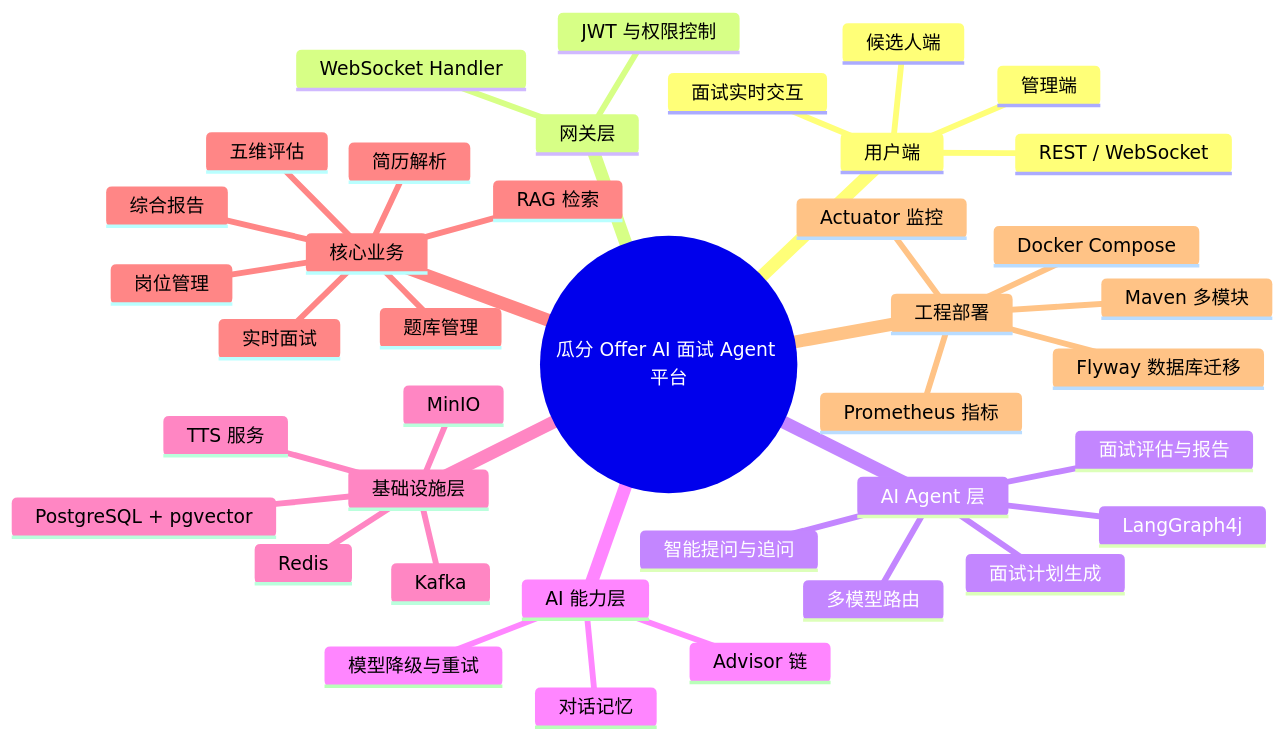
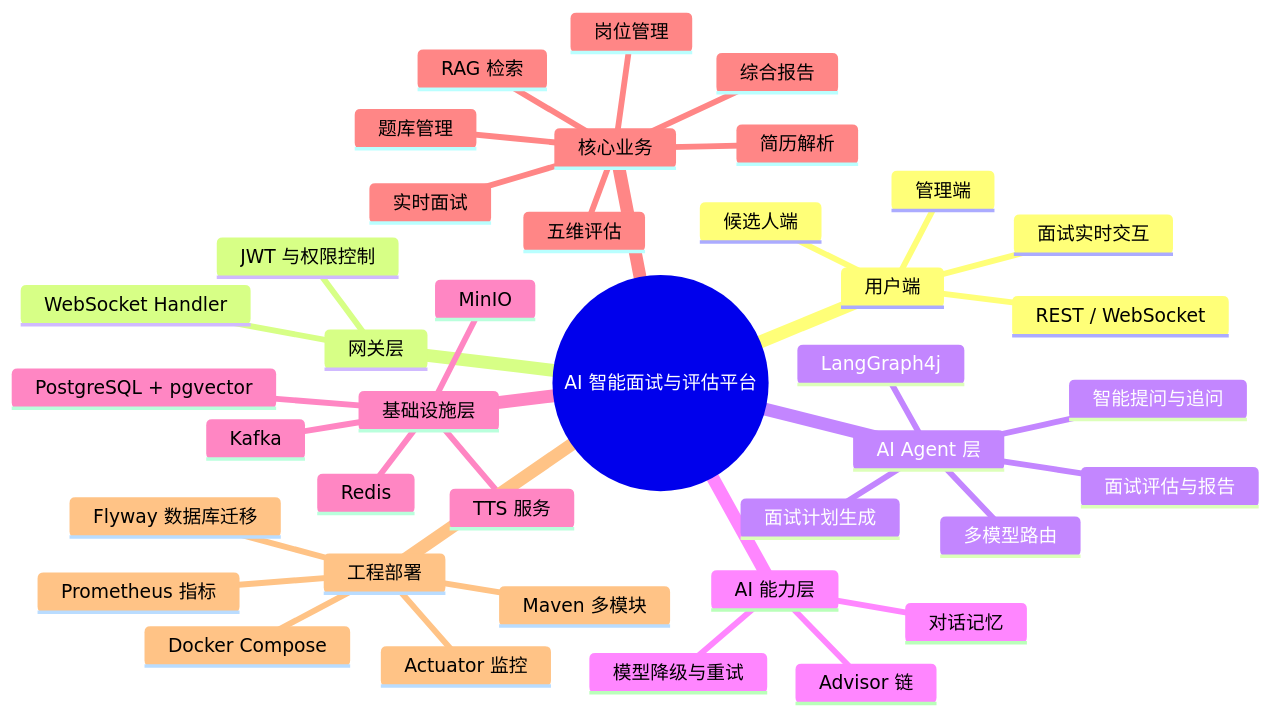
The diagram in README.md (caititty/ai-interview-platform), drawn with Mermaid before and after one commit. The commit also changed other lines of this file and 10 other files, not shown here.

````diff
--- a/README.md
+++ b/README.md
@@ -30,49 +31,49 @@
 ```mermaid
 mindmap
-  root((瓜分 Offer AI 面试 Agent 平台))
+  root((AI 智能面试与评估平台))
 
     用户端
       管理端
       候选人端
       REST / WebSocket
       面试实时交互
 
     网关层
       WebSocket Handler
       JWT 与权限控制
 
     AI Agent 层
       LangGraph4j
       面试计划生成
       智能提问与追问
       面试评估与报告
       多模型路由
 
     AI 能力层
       Advisor 链
       对话记忆
       模型降级与重试
 
     基础设施层
       PostgreSQL + pgvector
       Redis
       Kafka
       MinIO
       TTS 服务
 
     核心业务
       岗位管理
       题库管理
       简历解析
       RAG 检索
       实时面试
       五维评估
       综合报告
 
     工程部署
       Maven 多模块
       Docker Compose
       Flyway 数据库迁移
       Actuator 监控
       Prometheus 指标
 ```
````
